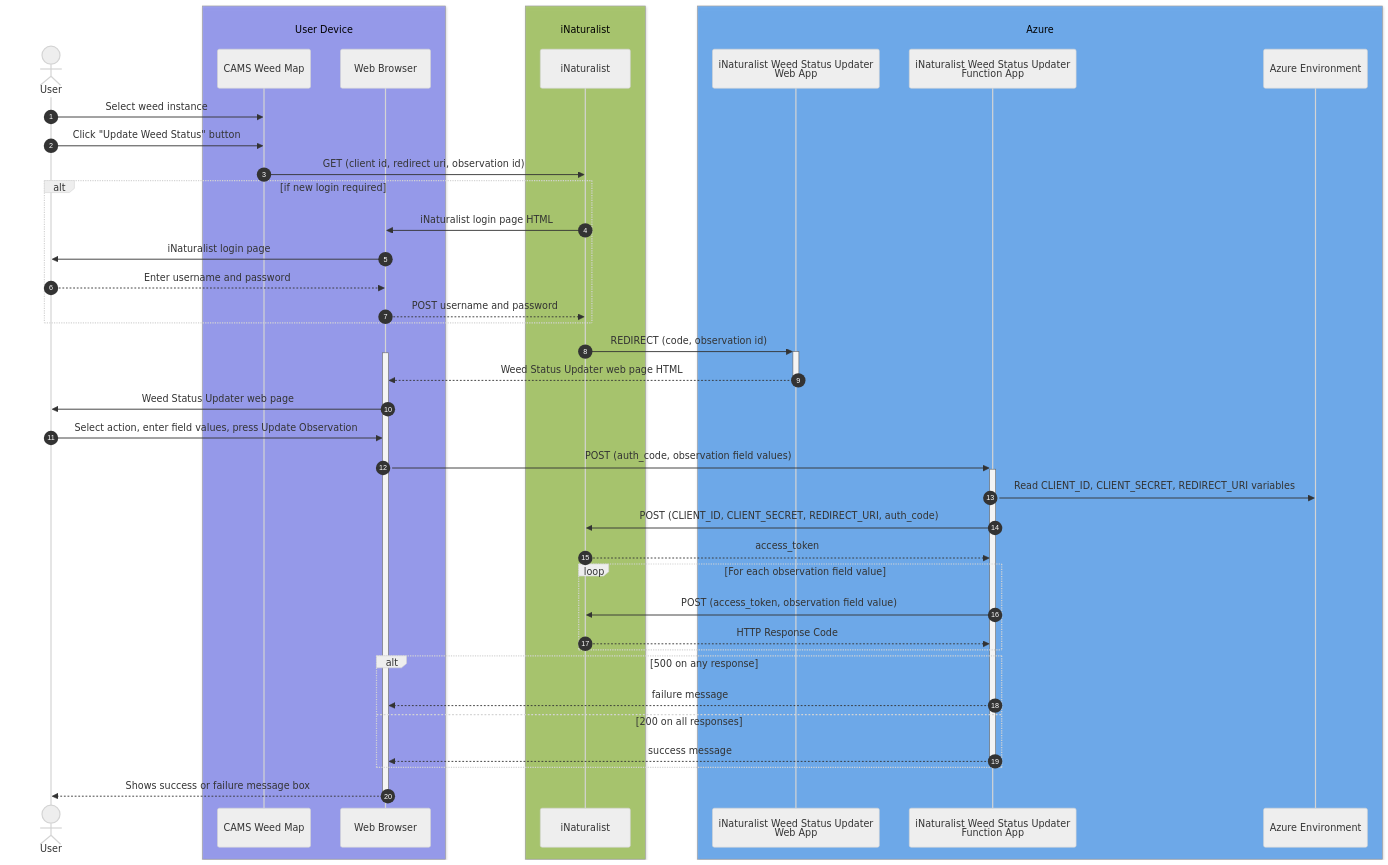
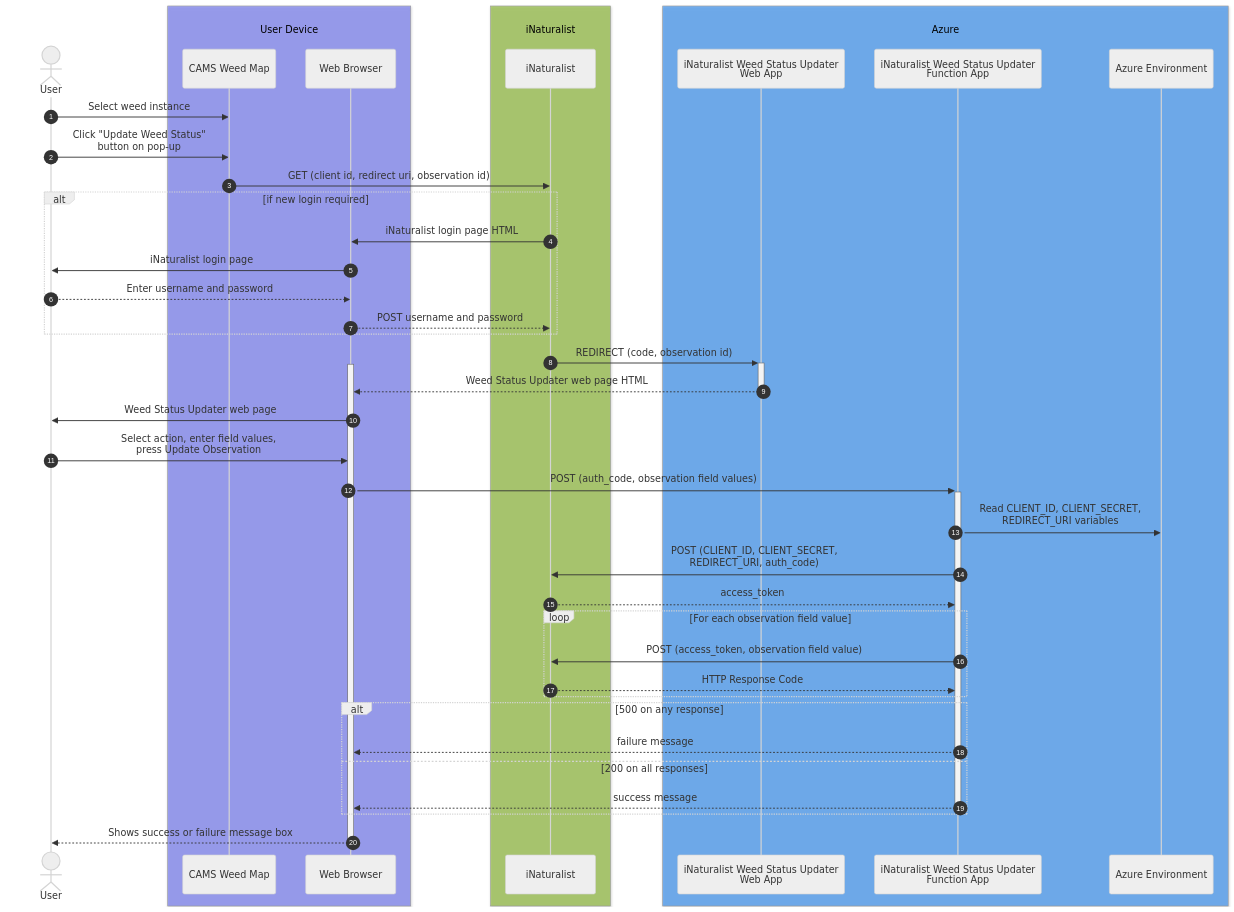
Before and after one commit to EcoNet-NZ/inaturalist-weed-status-updater: the diagram in README.md, drawn with Mermaid (neutral theme). The commit also changed other lines of this file, not shown here.

````diff
--- a/README.md
+++ b/README.md
@@ -27,46 +27,46 @@
 ```mermaid
 sequenceDiagram
     autonumber
     actor User
     box rgba(81,88,248,0.5) <br/>User Device<br/>
         participant cams as CAMS Weed Map
         participant br as Web Browser
     end
     box rgba(115,172,0,0.5)iNaturalist
         participant iNat as iNaturalist
     end
     box rgba(1,118,245,0.5) Azure
         participant web as iNaturalist Weed Status Updater<br/>Web App
         participant function as iNaturalist Weed Status Updater<br/>Function App
         participant env as Azure Environment
     end
     User->>cams: Select weed instance
-    User->>cams: Click "Update Weed Status" button
+    User->>cams: Click "Update Weed Status"<br/> button on pop-up
     cams->>iNat: GET (client id, redirect uri, observation id)
     alt if new login required
         iNat->>br: iNaturalist login page HTML
         br->>User: iNaturalist login page
         User-->>br: Enter username and password
         br-->>iNat: POST username and password
     end
     iNat->>+web: REDIRECT (code, observation id)
     activate br
     web-->>-br: Weed Status Updater web page HTML
     br->>User: Weed Status Updater web page
-    User->>br: Select action, enter field values, press Update Observation
+    User->>br: Select action, enter field values,<br/> press Update Observation
     br->>+function: POST (auth_code, observation field values)
-    function->>env: Read CLIENT_ID, CLIENT_SECRET, REDIRECT_URI variables
-    function->>iNat: POST (CLIENT_ID, CLIENT_SECRET, REDIRECT_URI, auth_code)
+    function->>env: Read CLIENT_ID, CLIENT_SECRET,<br/> REDIRECT_URI variables
+    function->>iNat: POST (CLIENT_ID, CLIENT_SECRET,<br/> REDIRECT_URI, auth_code)
     iNat-->>function: access_token
     loop For each observation field value 
         function->>iNat: POST (access_token, observation field value)
         iNat-->>function: HTTP Response Code
     end
     alt 500 on any response
         function-->>br: failure message
     else 200 on all responses
         function-->>-br: success message
     end
     br-->>User: Shows success or failure message box
     deactivate br
 ```
````
